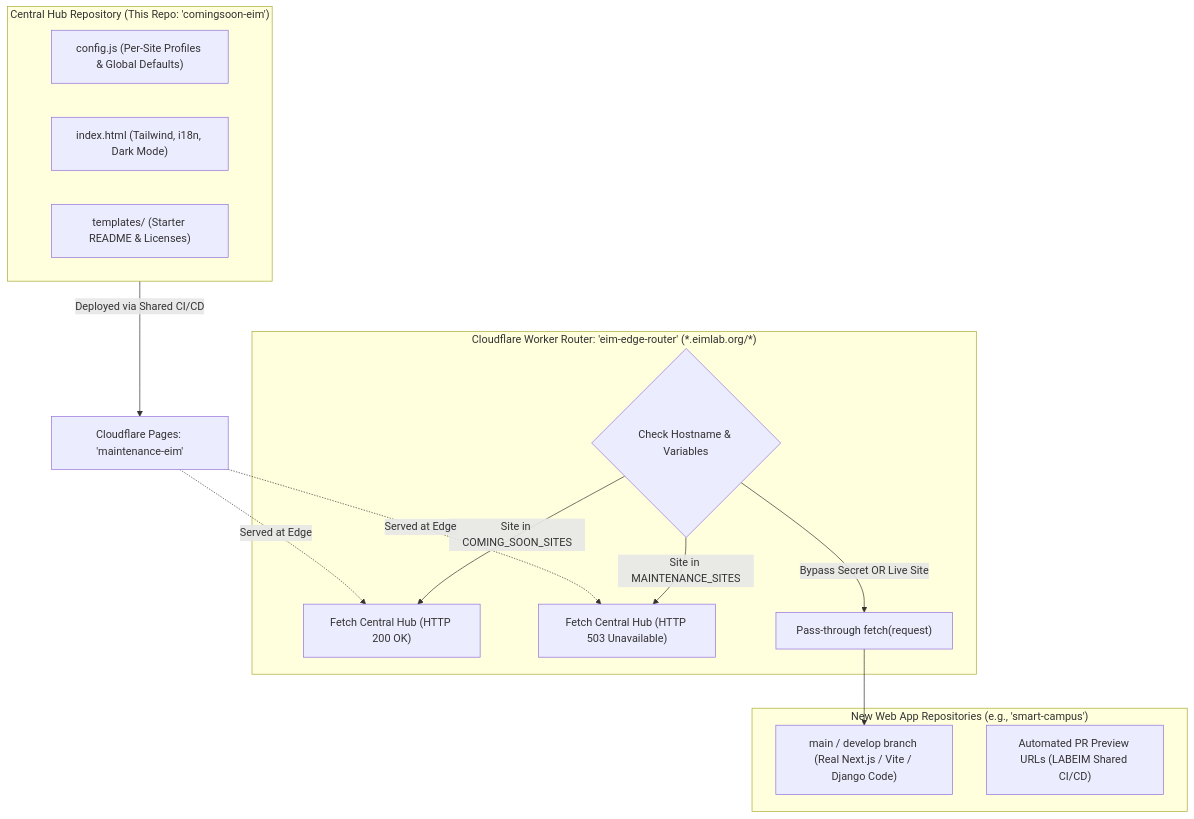
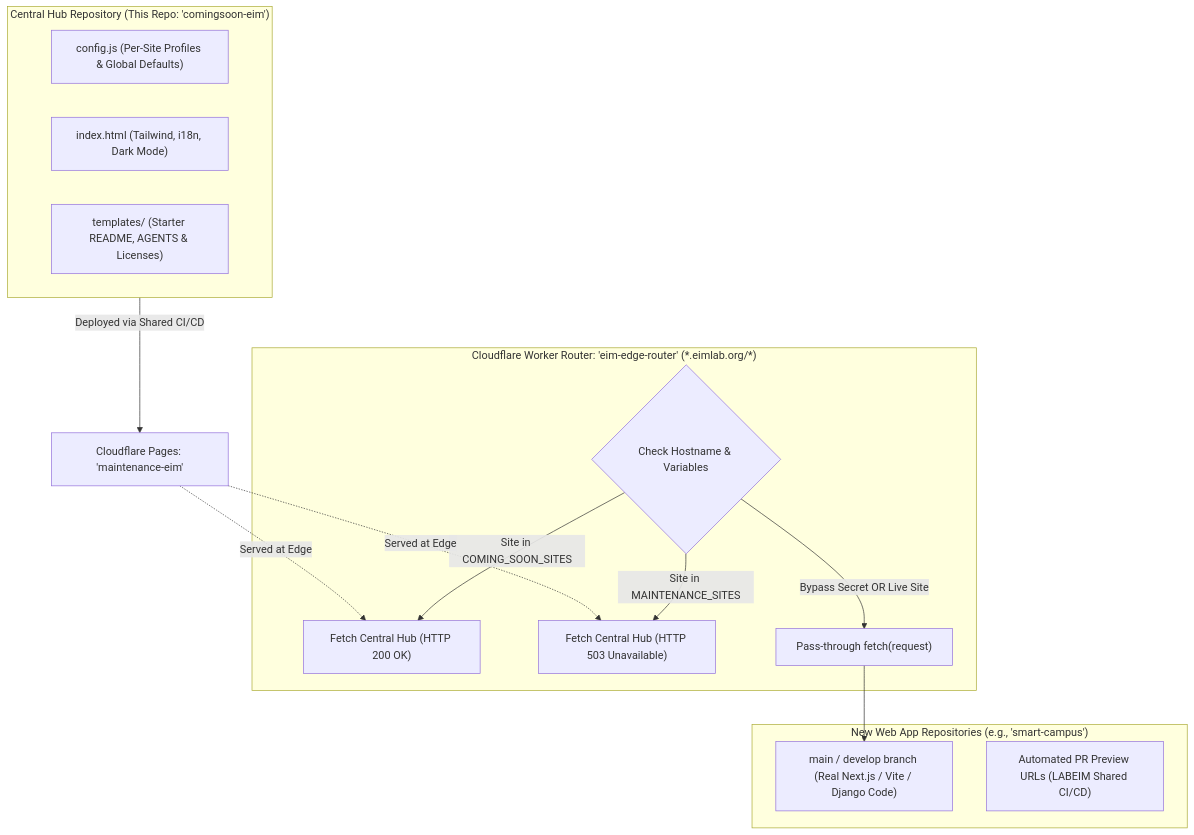
Before and after one commit to LABEIM/Maintain-EIM: the diagram in SETUP.md, drawn with Mermaid. The commit also changed other lines of this file and 4 other files, not shown here.

````diff
--- a/SETUP.md
+++ b/SETUP.md
@@ -11,25 +11,25 @@
 ```mermaid
 flowchart TD
     subgraph Central_Hub ["Central Hub Repository (This Repo: 'comingsoon-eim')"]
         CONFIG["config.js (Per-Site Profiles & Global Defaults)"]
         HTML["index.html (Tailwind, i18n, Dark Mode)"]
-        TEMPLATES["templates/ (Starter README & Licenses)"]
+        TEMPLATES["templates/ (Starter README, AGENTS & Licenses)"]
     end
 
     subgraph Edge_Gateway ["Cloudflare Worker Router: 'eim-edge-router' (*.eimlab.org/*)"]
         ROUTER{"Check Hostname & Variables"}
         ROUTER -->|Site in COMING_SOON_SITES| CS_RES["Fetch Central Hub (HTTP 200 OK)"]
         ROUTER -->|Site in MAINTENANCE_SITES| MT_RES["Fetch Central Hub (HTTP 503 Unavailable)"]
         ROUTER -->|Bypass Secret OR Live Site| APP_RES["Pass-through fetch(request)"]
     end
 
     subgraph App_Repos ["New Web App Repositories (e.g., 'smart-campus')"]
         MAIN["main / develop branch (Real Next.js / Vite / Django Code)"]
         PR_PREVIEW["Automated PR Preview URLs (LABEIM Shared CI/CD)"]
     end
 
     Central_Hub -->|Deployed via Shared CI/CD| CF_HUB["Cloudflare Pages: 'maintenance-eim'"]
     CF_HUB -.->|Served at Edge| CS_RES
     CF_HUB -.->|Served at Edge| MT_RES
     APP_RES --> MAIN
 ```
````
